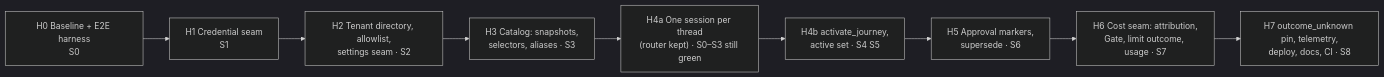
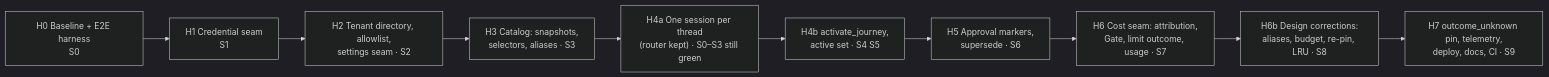
The ninth of 10 diagrams in docs/migration.md (swiftdiaries/az-agent-platform-go), drawn with Mermaid (dark theme) before and after one commit. The commit also changed other lines of this file and 2 other files, not shown here.

Commit message:
docs: design amendments from arena review (M4 M5 M6 M7 M9 M13 M14 M15)

````diff
--- a/docs/migration.md
+++ b/docs/migration.md
@@ -420,11 +425,12 @@
 ```mermaid
 flowchart LR
     H0["H0 Baseline + E2E harness<br/>S0"] --> H1["H1 Credential seam<br/>S1"]
     H1 --> H2["H2 Tenant directory, allowlist,<br/>settings seam · S2"]
     H2 --> H3["H3 Catalog: snapshots,<br/>selectors, aliases · S3"]
     H3 --> H4a["H4a One session per thread<br/>(router kept) · S0–S3 still green"]
     H4a --> H4b["H4b activate_journey,<br/>active set · S4 S5"]
     H4b --> H5["H5 Approval markers,<br/>supersede · S6"]
     H5 --> H6["H6 Cost seam: attribution,<br/>Gate, limit outcome, usage · S7"]
-    H6 --> H7["H7 outcome_unknown pin, telemetry,<br/>deploy, docs, CI · S8"]
+    H6 --> H6b["H6b Design corrections:<br/>aliases, budget, re-pin, LRU · S8"]
+    H6b --> H7["H7 outcome_unknown pin, telemetry,<br/>deploy, docs, CI · S9"]
 ```
````
